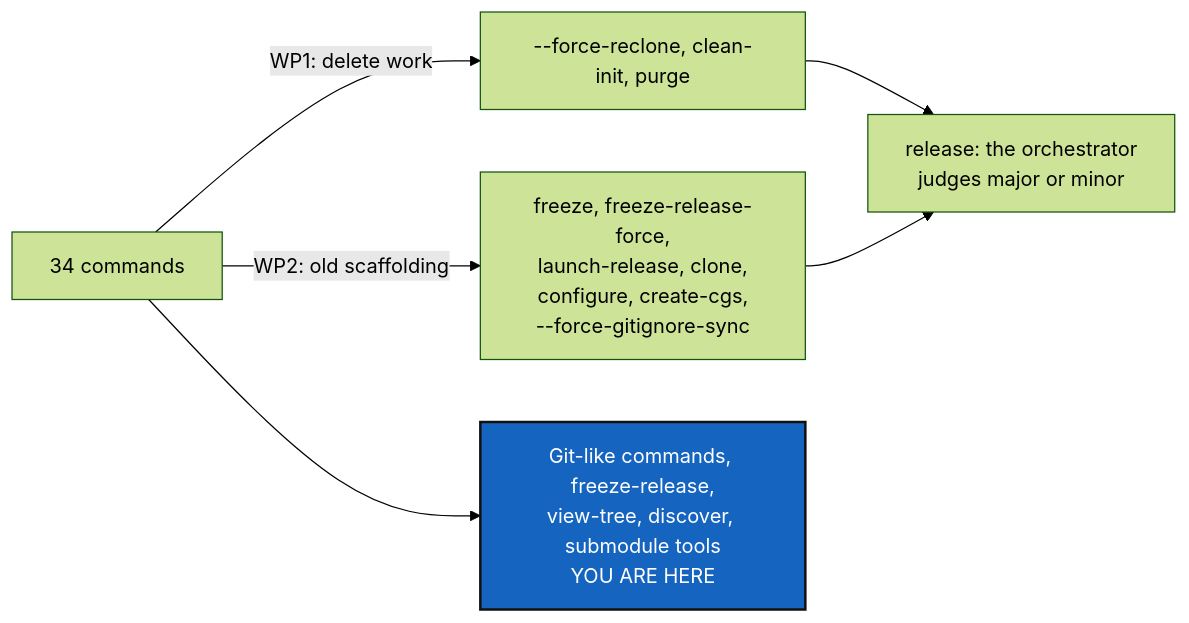
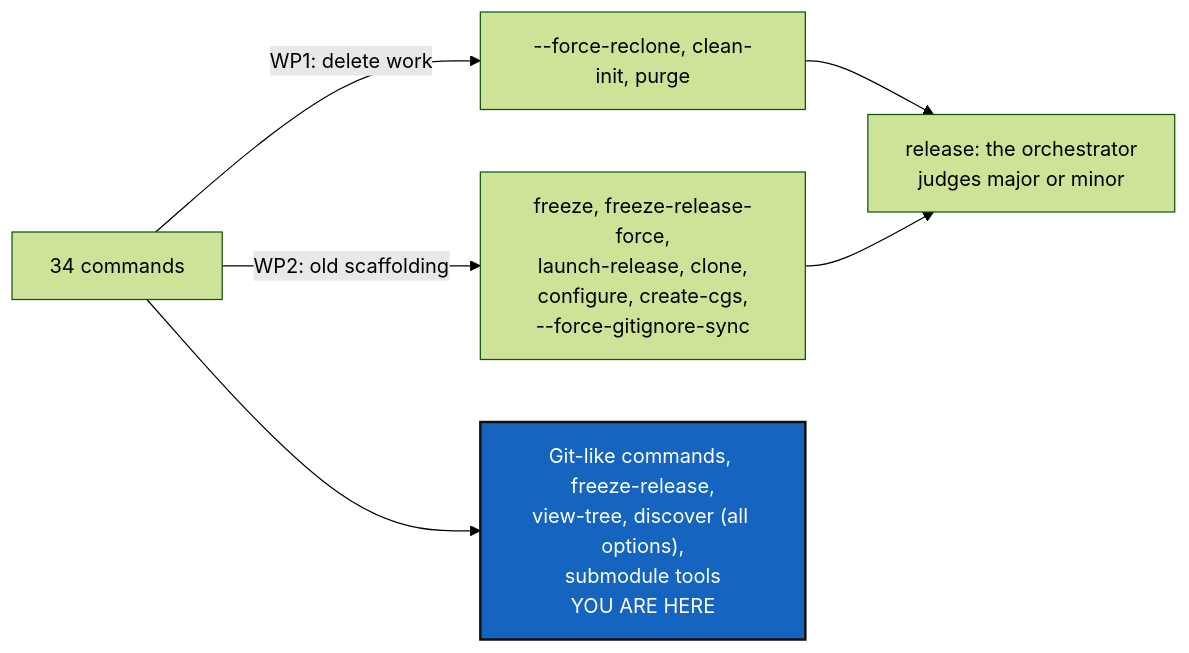
Before and after one commit to flipoyo/.localSpec: the diagram in DevTickets/openTickets/main_1-1_GitLikeCli_DevPlanTicket.md, drawn with Mermaid (forest theme). The commit also changed other lines of this file, not shown here.

Commit message:
cgitsync3.14.11 Plans cutting the CLI down to the commands that read like Git and the tools the owner uses, starting with the three that can delete unpushed work.

````diff
--- a/DevTickets/openTickets/main_1-1_GitLikeCli_DevPlanTicket.md
+++ b/DevTickets/openTickets/main_1-1_GitLikeCli_DevPlanTicket.md
@@ -39,11 +39,11 @@
 ```mermaid
 graph LR
     U["34 commands"] -->|"WP1: delete work"| D["--force-reclone, clean-init, purge"]
     U -->|"WP2: old scaffolding"| R["freeze, freeze-release-force,<br/>launch-release, clone,<br/>configure, create-cgs,<br/>--force-gitignore-sync"]
-    U --> K["Git-like commands, freeze-release,<br/>view-tree, discover, submodule tools<br/>YOU ARE HERE"]
+    U --> K["Git-like commands, freeze-release,<br/>view-tree, discover (all options),<br/>submodule tools<br/>YOU ARE HERE"]
     D --> V["release: the orchestrator<br/>judges major or minor"]
     R --> V
 
     classDef here fill:#1565C0,color:#fff,stroke:#111,stroke-width:2px;
     class K here;
 ```
````
